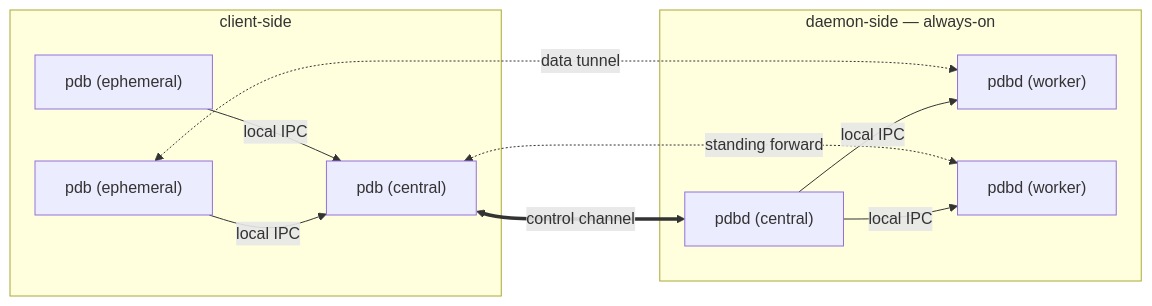
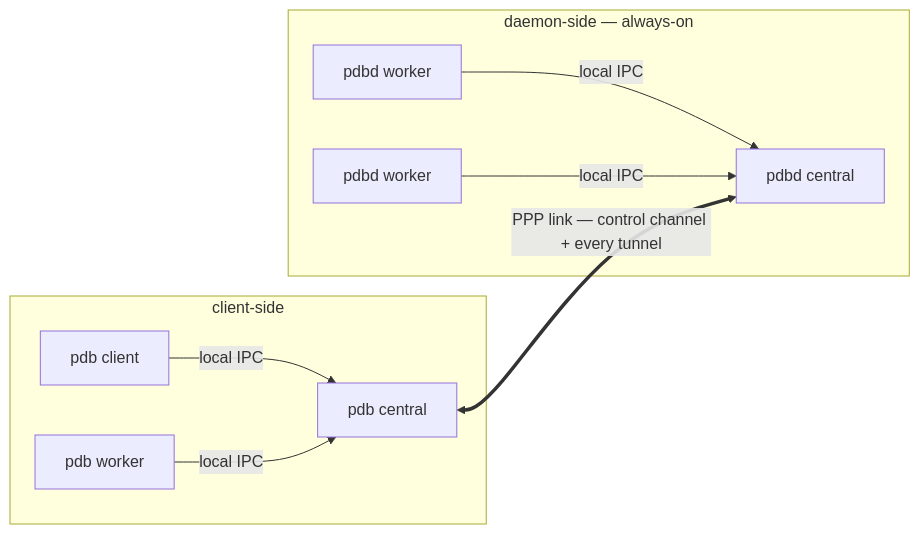
One commit to sw2m/pdbd changed the second of 4 diagrams in README.md. Above: the diagram before and after it, drawn with Mermaid. The commit also changed other lines of this file, not shown here.

First line of the commit message:
docs: fix topology — tunnels ride the PPP link; pdb client/worker/central split

````diff
--- a/README.md
+++ b/README.md
@@ -123,20 +123,18 @@
 ```mermaid
 flowchart LR
     subgraph client["client-side"]
-        E1["pdb (ephemeral)"]
-        E2["pdb (ephemeral)"]
-        CC["pdb (central)"]
-        E1 -->|local IPC| CC
-        E2 -->|local IPC| CC
+        PC["pdb client"]
+        PW["pdb worker"]
+        CC["pdb central"]
+        PC -->|local IPC| CC
+        PW -->|local IPC| CC
     end
     subgraph daemon["daemon-side — always-on"]
-        DC["pdbd (central)"]
-        W1["pdbd (worker)"]
-        W2["pdbd (worker)"]
-        DC -->|local IPC| W1
-        DC -->|local IPC| W2
+        DC["pdbd central"]
+        DW1["pdbd worker"]
+        DW2["pdbd worker"]
+        DW1 -->|local IPC| DC
+        DW2 -->|local IPC| DC
     end
-    CC <==>|control channel| DC
-    E1 <-.->|data tunnel| W1
-    CC <-.->|standing forward| W2
+    CC <==>|"PPP link — control channel + every tunnel"| DC
 ```
````
